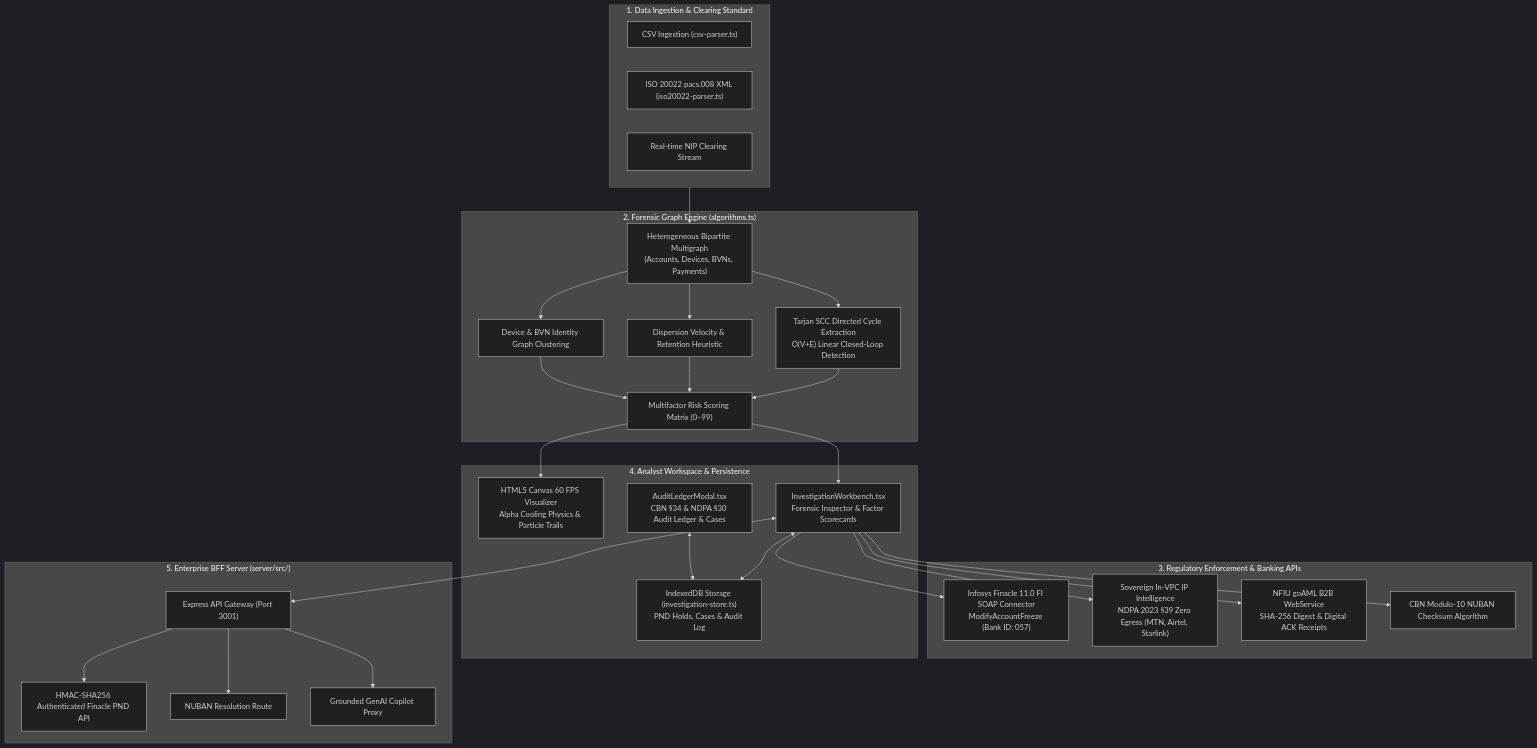
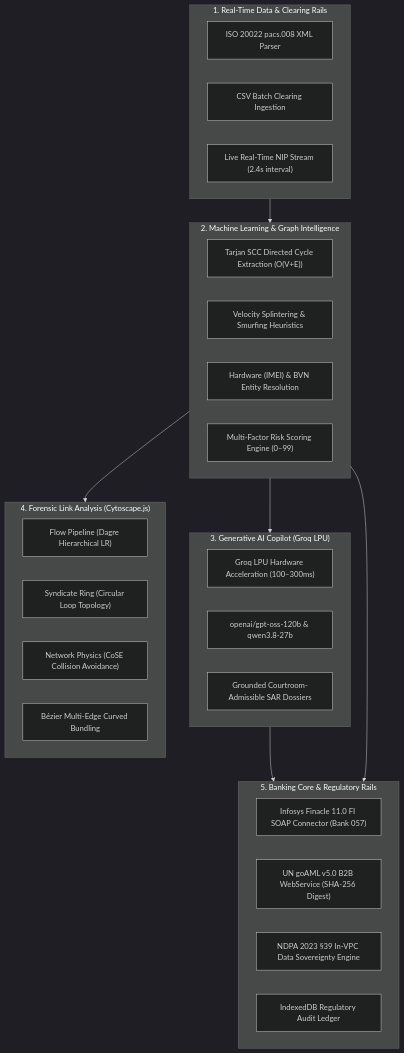
The diagram in README.md (Najite/mule), drawn with Mermaid (dark theme) before and after one commit. The commit also changed other lines of this file, not shown here.

Commit message:
docs: pitchdeck-ready readme with genai and machine learning details

````diff
--- a/README.md
+++ b/README.md
@@ -24,59 +123,41 @@
 ```mermaid
 flowchart TD
-    subgraph Ingestion ["1. Data Ingestion & Clearing Standard"]
-        CSV["CSV Ingestion (csv-parser.ts)"]
-        ISO["ISO 20022 pacs.008 XML (iso20022-parser.ts)"]
-        Stream["Real-time NIP Clearing Stream"]
+    subgraph Ingestion ["1. Real-Time Data & Clearing Rails"]
+        ISO["ISO 20022 pacs.008 XML Parser"]
+        CSV["CSV Batch Clearing Ingestion"]
+        Stream["Live Real-Time NIP Stream (2.4s interval)"]
     end
 
-    subgraph CoreEngine ["2. Forensic Graph Engine (algorithms.ts)"]
-        Bipartite["Heterogeneous Bipartite Multigraph<br/>(Accounts, Devices, BVNs, Payments)"]
-        Tarjan["Tarjan SCC Directed Cycle Extraction<br/>O(V+E) Linear Closed-Loop Detection"]
-        Smurfing["Dispersion Velocity & Retention Heuristic"]
-        HardwareClustering["Device & BVN Identity Graph Clustering"]
-        RiskScore["Multifactor Risk Scoring Matrix (0–99)"]
+    subgraph IntelligenceCore ["2. Machine Learning & Graph Intelligence"]
+        Tarjan["Tarjan SCC Directed Cycle Extraction (O(V+E))"]
+        Smurfing["Velocity Splintering & Smurfing Heuristics"]
+        EntityRes["Hardware (IMEI) & BVN Entity Resolution"]
+        RiskEngine["Multi-Factor Risk Scoring Engine (0–99)"]
     end
 
-    subgraph Institutional ["3. Regulatory Enforcement & Banking APIs"]
-        Finacle["Infosys Finacle 11.0 FI SOAP Connector<br/>ModifyAccountFreeze (Bank ID: 057)"]
-        SovereignGeo["Sovereign In-VPC IP Intelligence<br/>NDPA 2023 §39 Zero Egress (MTN, Airtel, Starlink)"]
-        NFIU["NFIU goAML B2B WebService<br/>SHA-256 Digest & Digital ACK Receipts"]
-        NubanEngine["CBN Modulo-10 NUBAN Checksum Algorithm"]
+    subgraph GenAI ["3. Generative AI Copilot (Groq LPU)"]
+        Groq["Groq LPU Hardware Acceleration (100–300ms)"]
+        LLM["openai/gpt-oss-120b & qwen3.8-27b"]
+        Dossier["Grounded Courtroom-Admissible SAR Dossiers"]
     end
 
-    subgraph UI ["4. Analyst Workspace & Persistence"]
-        Canvas["HTML5 Canvas 60 FPS Visualizer<br/>Alpha Cooling Physics & Particle Trails"]
-        Workbench["InvestigationWorkbench.tsx<br/>Forensic Inspector & Factor Scorecards"]
-        AuditModal["AuditLedgerModal.tsx<br/>CBN §34 & NDPA §30 Audit Ledger & Cases"]
-        IndexedDBStore["IndexedDB Storage (investigation-store.ts)<br/>PND Holds, Cases & Audit Log"]
+    subgraph Visualization ["4. Forensic Link Analysis (Cytoscape.js)"]
+        Dagre["Flow Pipeline (Dagre Hierarchical LR)"]
+        Circle["Syndicate Ring (Circular Loop Topology)"]
+        CoSE["Network Physics (CoSE Collision Avoidance)"]
+        Bezier["Bézier Multi-Edge Curved Bundling"]
     end
 
-    subgraph BFFServer ["5. Enterprise BFF Server (server/src/)"]
-        Express["Express API Gateway (Port 3001)"]
-        HMAC["HMAC-SHA256 Authenticated Finacle PND API"]
-        NubanRoute["NUBAN Resolution Route"]
-        GeminiProxy["Grounded GenAI Copilot Proxy"]
+    subgraph Enforcement ["5. Banking Core & Regulatory Rails"]
+        Finacle["Infosys Finacle 11.0 FI SOAP Connector (Bank 057)"]
+        NFIU["UN goAML v5.0 B2B WebService (SHA-256 Digest)"]
+        Sovereign["NDPA 2023 §39 In-VPC Data Sovereignty Engine"]
+        Audit["IndexedDB Regulatory Audit Ledger"]
     end
 
-    Ingestion --> Bipartite
-    Bipartite --> Tarjan
-    Bipartite --> Smurfing
-    Bipartite --> HardwareClustering
-    Tarjan --> RiskScore
-    Smurfing --> RiskScore
-    HardwareClustering --> RiskScore
-
-    RiskScore --> Canvas
-    RiskScore --> Workbench
-    Workbench --> Finacle
-    Workbench --> SovereignGeo
-    Workbench --> NFIU
-    Workbench --> NubanEngine
-    Workbench <--> IndexedDBStore
-    AuditModal <--> IndexedDBStore
-
-    Workbench <--> Express
-    Express --> HMAC
-    Express --> NubanRoute
-    Express --> GeminiProxy
+    Ingestion --> IntelligenceCore
+    IntelligenceCore --> Visualization
+    IntelligenceCore --> GenAI
+    GenAI --> Enforcement
+    IntelligenceCore --> Enforcement
 ```
````
